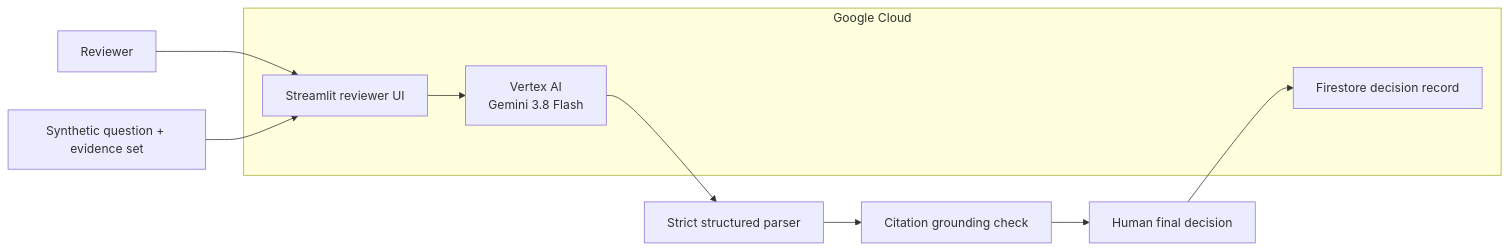
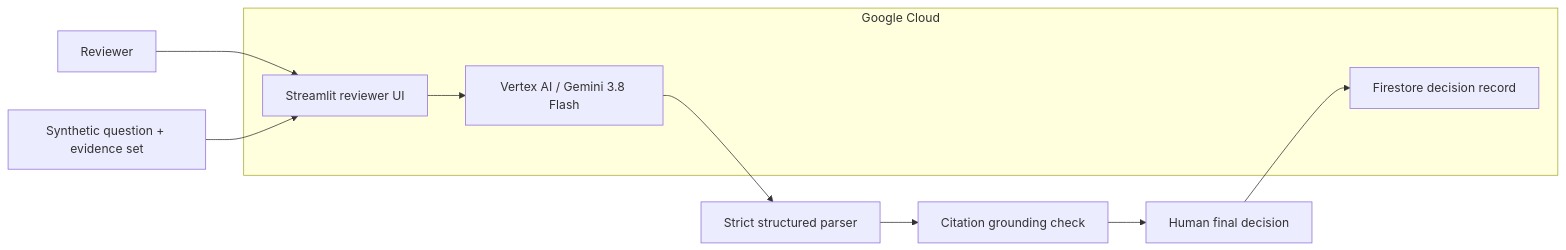
The diagram in README.md (jtflack-grc/proofstack), drawn with Mermaid before and after one commit. The commit also changed other lines of this file, not shown here.

Commit message:
Fix README architecture rendering and soften contribution wording

````diff
--- a/README.md
+++ b/README.md
@@ -50,16 +50,16 @@
 ```mermaid
 flowchart LR
-    A[Reviewer] --> B[Streamlit reviewer UI]
-    H[Synthetic question + evidence set] --> B
-    B --> C[Vertex AI<br/>Gemini 3.8 Flash]
-    C --> D[Strict structured parser]
-    D --> E[Citation grounding check]
-    E --> F[Human final decision]
-    F --> G[Firestore decision record]
+    A["Reviewer"] --> B["Streamlit reviewer UI"]
+    H["Synthetic question + evidence set"] --> B
+    B --> C["Vertex AI / Gemini 3.8 Flash"]
+    C --> D["Strict structured parser"]
+    D --> E["Citation grounding check"]
+    E --> F["Human final decision"]
+    F --> G["Firestore decision record"]
 
-    subgraph Google Cloud
-      B
-      C
-      G
+    subgraph cloud["Google Cloud"]
+        B
+        C
+        G
     end
 ```
````
